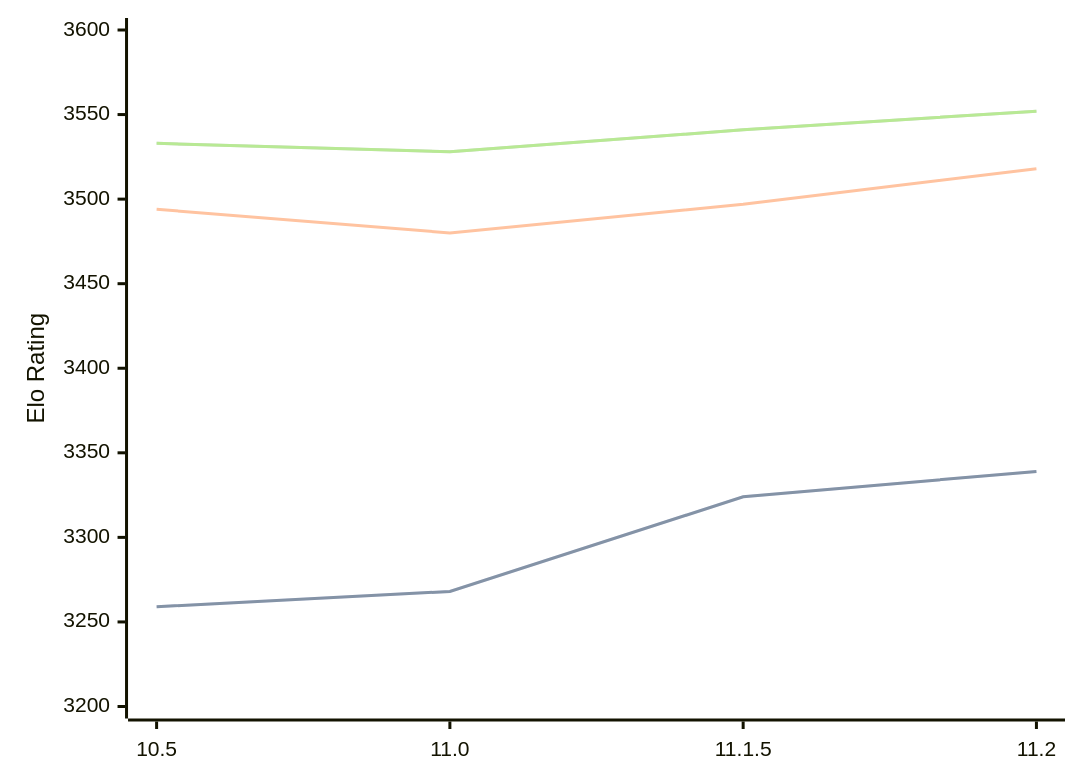
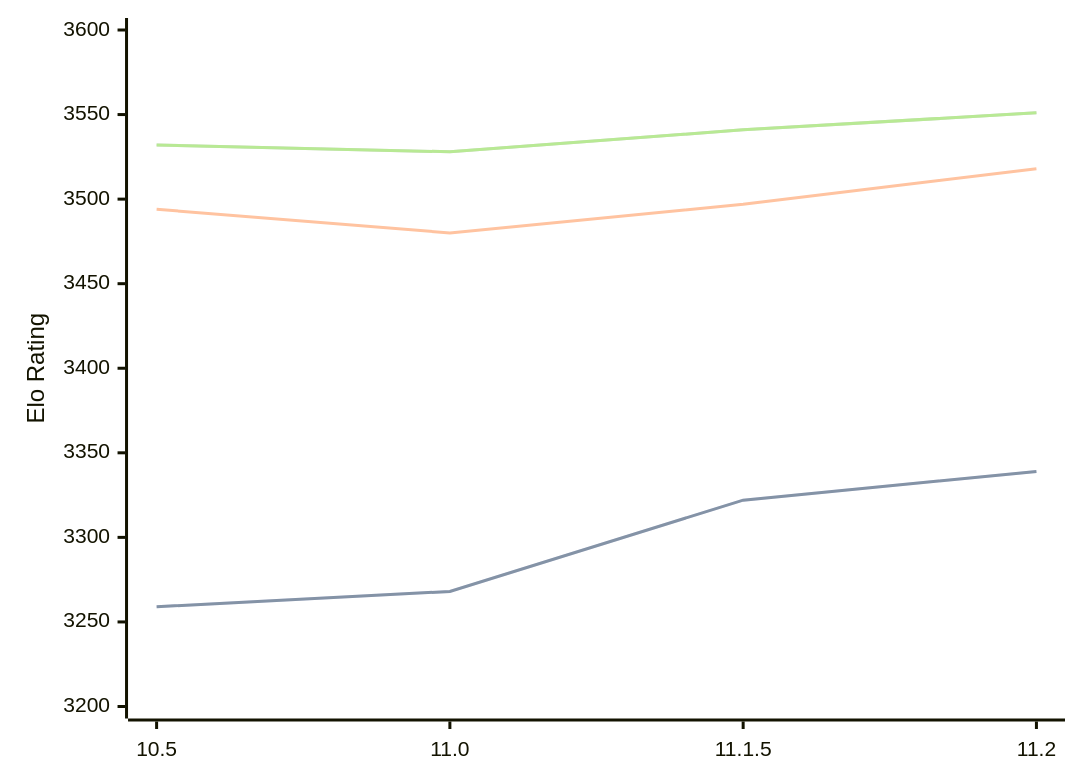
The diagram in engines/Lizard.md (computer-chess-index/cci), drawn with Mermaid before and after one commit. The commit also changed other lines of this file, not shown here.

Commit message:
Update CCI Ratings (ELO VLTC) - 2026-03-15

````diff
--- a/engines/Lizard.md
+++ b/engines/Lizard.md
@@ -44,11 +44,11 @@
 ```mermaid
 %%{init: {"theme":"base","themeVariables":{"seriesColors:['#a3a3a3','#222221','#faa371']}}}%%
 xychart-beta
   x-axis ["10.5", "11.0", "11.1.5", "11.2"]
   y-axis "Elo Rating" 3200 --> 3600
-  line "STC (8.0+0.08s)" [3259, 3268, 3324, 3339]
-  line "STC (8.0+0.08s)" [3259, 3268, 3324, 3339]
+  line "STC (8.0+0.08s)" [3259, 3268, 3322, 3339]
+  line "STC (8.0+0.08s)" [3259, 3268, 3322, 3339]
   line "LTC (60.0+0.60s)" [3494, 3480, 3497, 3518]
-  line "VLTC (2m24s+1.12s)" [3533, 3528, 3541, 3552]
-  line "VLTC (2m24s+1.12s)" [3533, 3528, 3541, 3552]
+  line "VLTC (2m24s+1.12s)" [3532, 3528, 3541, 3551]
+  line "VLTC (2m24s+1.12s)" [3532, 3528, 3541, 3551]
 ```
````
